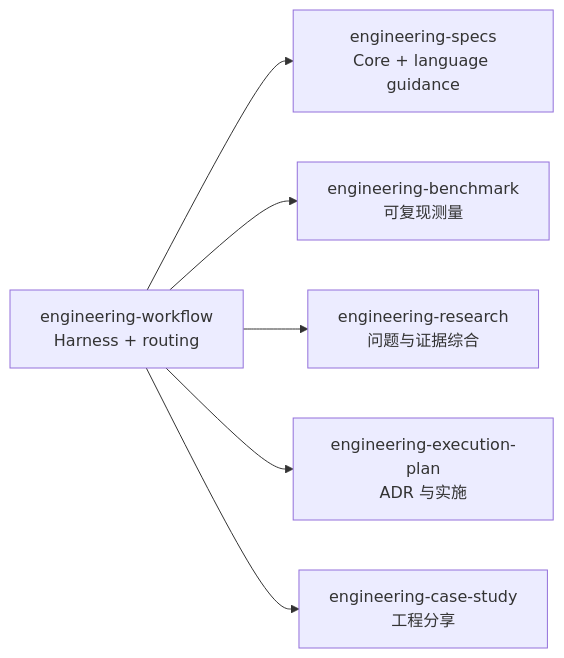
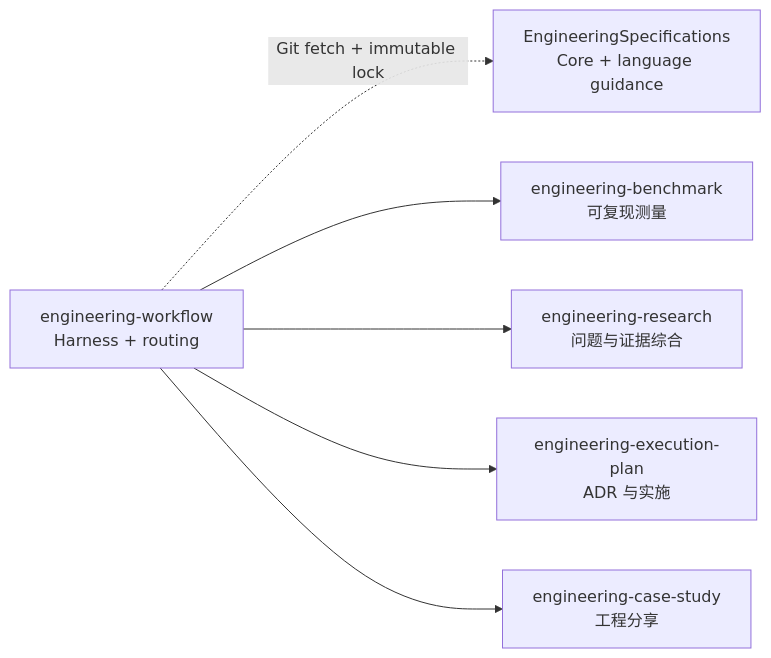
The diagram in SKILL.md (XiaoWeiKIN/RepoFoundryAI), drawn with Mermaid before and after one commit. The commit also changed other lines of this file and 31 other files, not shown here.

Commit message:
feat: fetch engineering specs from external git catalog

````diff
--- a/SKILL.md
+++ b/SKILL.md
@@ -13,9 +13,9 @@
 ```mermaid
 flowchart LR
     W["engineering-workflow<br/>Harness + routing"]
-    W --> S["engineering-specs<br/>Core + language guidance"]
+    W -.->|"Git fetch + immutable lock"| S["EngineeringSpecifications<br/>Core + language guidance"]
     W --> B["engineering-benchmark<br/>可复现测量"]
     W --> R["engineering-research<br/>问题与证据综合"]
     W --> E["engineering-execution-plan<br/>ADR 与实施"]
     W --> C["engineering-case-study<br/>工程分享"]
 ```
````
